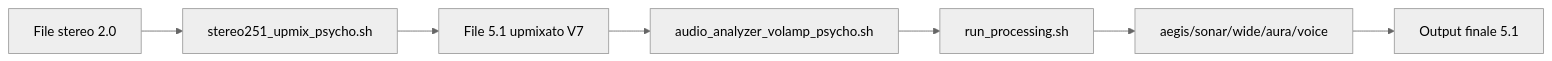
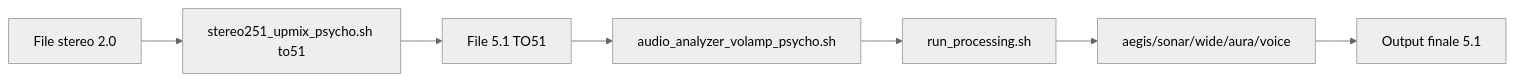
The third of 6 diagrams in README.md (Damocle77/Sonar_AC3D), drawn with Mermaid (neutral theme) before and after one commit. The commit also changed other lines of this file and 4 other files, not shown here.

````diff
--- a/README.md
+++ b/README.md
@@ -529,9 +572,9 @@
 ```mermaid
 flowchart LR
-    A[File stereo 2.0] --> B[stereo251_upmix_psycho.sh]
-    B --> C[File 5.1 upmixato V7]
+    A[File stereo 2.0] --> B[stereo251_upmix_psycho.sh to51]
+    B --> C[File 5.1 TO51]
     C --> D[audio_analyzer_volamp_psycho.sh]
     D --> E[run_processing.sh]
     E --> F[aegis/sonar/wide/aura/voice]
     F --> G[Output finale 5.1]
 ```
````
